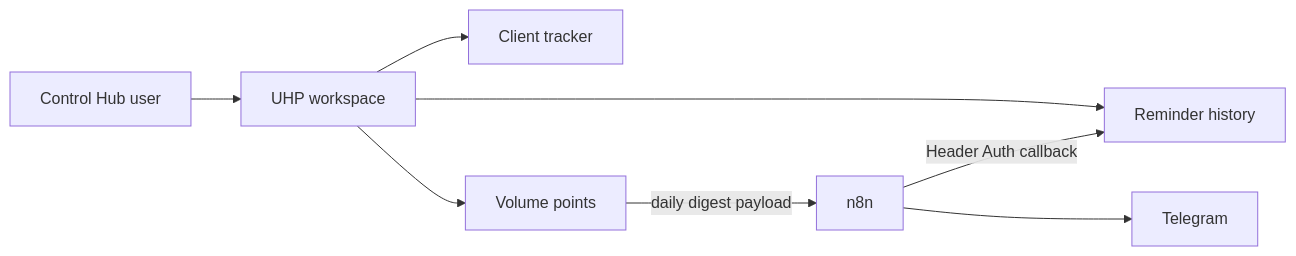
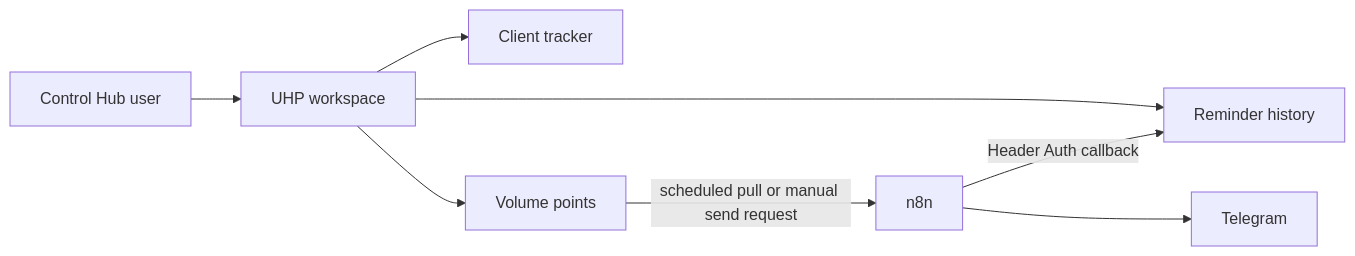
The diagram in docs/guides/uhp-control-hub.md (may24fc/sn-connect-app), drawn with Mermaid before and after one commit. The commit also changed other lines of this file and 9 other files, not shown here.

Commit message:
feat(uhp): add manual VP Telegram send

````diff
--- a/docs/guides/uhp-control-hub.md
+++ b/docs/guides/uhp-control-hub.md
@@ -15,10 +15,10 @@
 ```mermaid
 flowchart LR
   U[Control Hub user] --> W[UHP workspace]
   W --> C[Client tracker]
   W --> R[Reminder history]
   W --> V[Volume points]
   N[n8n] -->|Header Auth callback| R
-  V -->|daily digest payload| N
+  V -->|scheduled pull or manual send request| N
   N --> T[Telegram]
 ```
````
